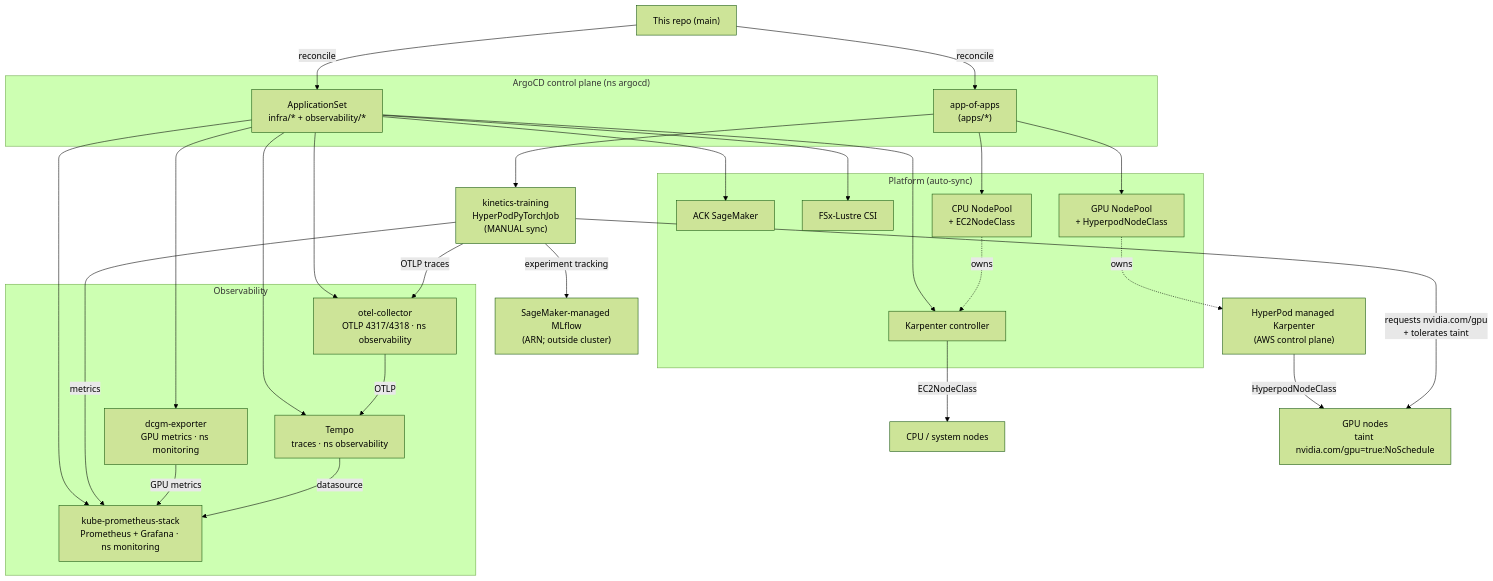
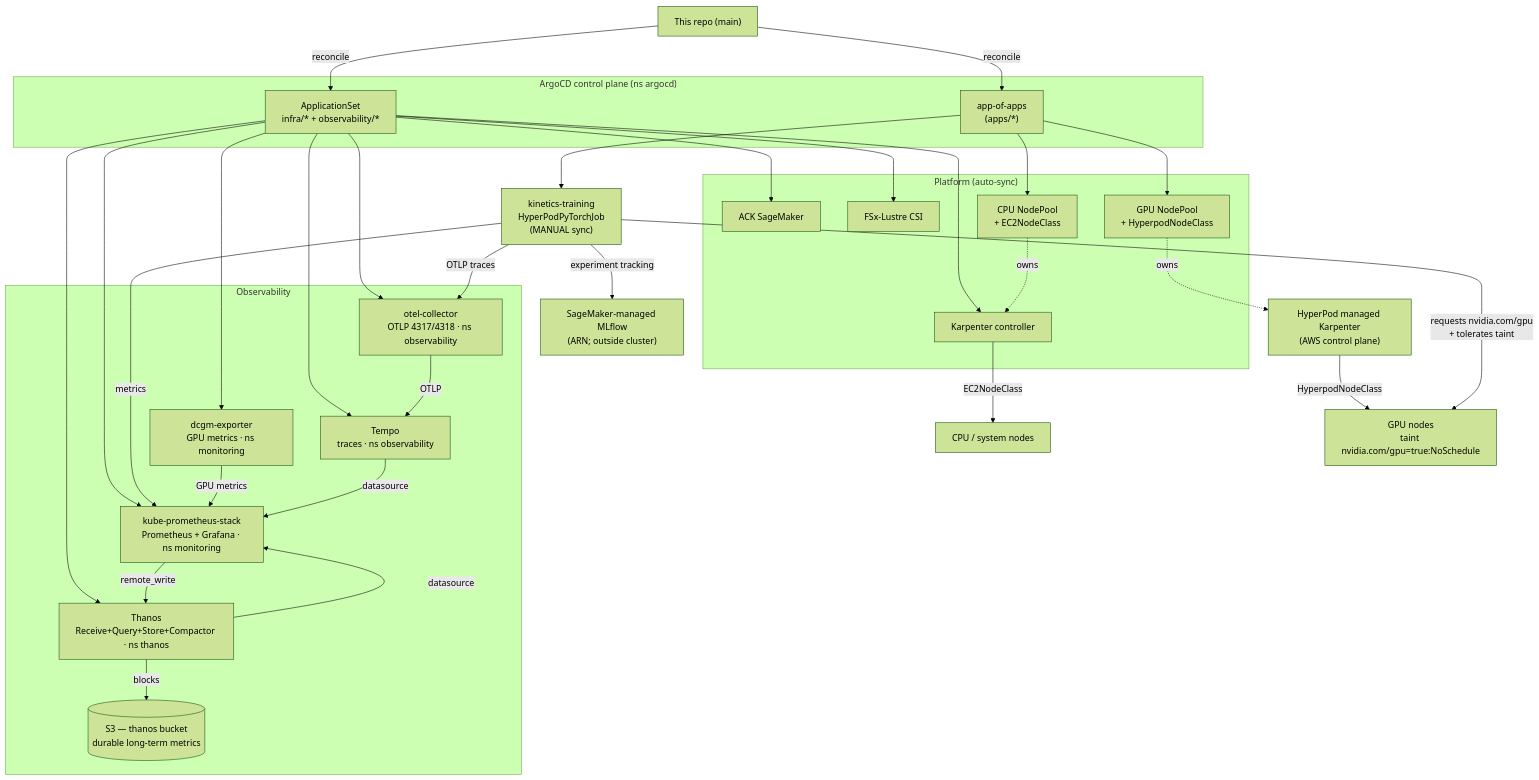
One commit to huzaifa678/Kinetics-Continious-Delivery changed the diagram in README.md. Above: the diagram before and after it, drawn with Mermaid (forest theme). The commit also changed other lines of this file and 9 other files, not shown here.

````diff
--- a/README.md
+++ b/README.md
@@ -15,47 +15,52 @@
 ```mermaid
 flowchart TB
     git["This repo (main)"]
 
     subgraph cp["ArgoCD control plane (ns argocd)"]
         appset["ApplicationSet<br/>infra/* + observability/*"]
         rootapps["app-of-apps<br/>(apps/*)"]
     end
 
     git -->|reconcile| appset
     git -->|reconcile| rootapps
 
     subgraph infra["Platform (auto-sync)"]
         ack["ACK SageMaker"]
         fsx["FSx-Lustre CSI"]
         cpukarp["Karpenter controller"]
         cpucfg["CPU NodePool<br/>+ EC2NodeClass"]
         gpucfg["GPU NodePool<br/>+ HyperpodNodeClass"]
     end
 
     subgraph obs["Observability"]
         kps["kube-prometheus-stack<br/>Prometheus + Grafana · ns monitoring"]
         dcgm["dcgm-exporter<br/>GPU metrics · ns monitoring"]
         otel["otel-collector<br/>OTLP 4317/4318 · ns observability"]
         tempo["Tempo<br/>traces · ns observability"]
+        thanos["Thanos<br/>Receive+Query+Store+Compactor · ns thanos"]
+        s3thanos[("S3 — thanos bucket<br/>durable long-term metrics")]
     end
 
     train["kinetics-training<br/>HyperPodPyTorchJob<br/>(MANUAL sync)"]
 
-    appset --> ack & fsx & cpukarp & kps & dcgm & otel & tempo
+    appset --> ack & fsx & cpukarp & kps & dcgm & otel & tempo & thanos
     rootapps --> cpucfg & gpucfg & train
 
     %% scaling: two Karpenters, fenced by the GPU taint
     cpukarp -->|EC2NodeClass| cpunodes["CPU / system nodes"]
     gpukarp["HyperPod managed Karpenter<br/>(AWS control plane)"] -->|HyperpodNodeClass| gpunodes["GPU nodes<br/>taint nvidia.com/gpu=true:NoSchedule"]
     cpucfg -. owns .-> cpukarp
     gpucfg -. owns .-> gpukarp
     train -->|requests nvidia.com/gpu<br/>+ tolerates taint| gpunodes
 
     %% telemetry flow
     train -->|metrics| kps
     dcgm -->|GPU metrics| kps
+    kps -->|remote_write| thanos
+    thanos -->|blocks| s3thanos
+    thanos -->|datasource| kps
     train -->|OTLP traces| otel
     otel -->|OTLP| tempo
     tempo -->|datasource| kps
     train -->|experiment tracking| mlflow["SageMaker-managed MLflow<br/>(ARN; outside cluster)"]
 ```
````
